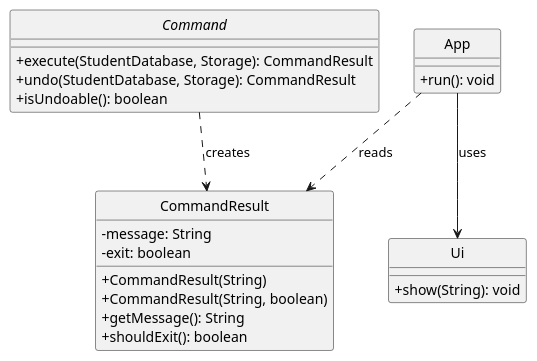
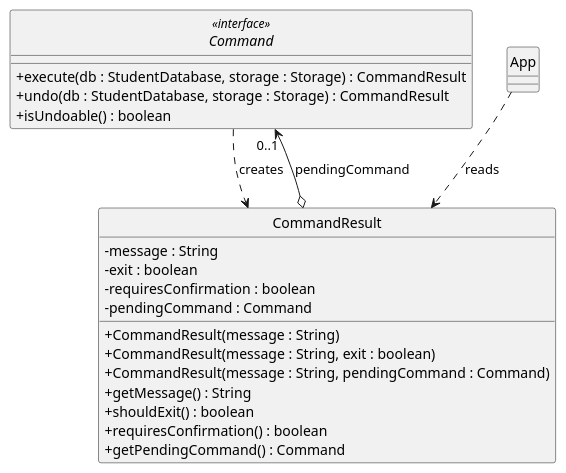
One commit to AY2526S2-CS2113-T11-4/tp changed the diagram in docs/diagrams/CommandResultClassDiagram.puml. Above: the diagram before and after it, drawn with PlantUML. The commit also changed 19 other files, not shown here.

```diff
--- a/docs/diagrams/CommandResultClassDiagram.puml
+++ b/docs/diagrams/CommandResultClassDiagram.puml
@@ -1,31 +1,32 @@
 @startuml CommandResultClassDiagram
 skinparam classAttributeIconSize 0
 skinparam style strictuml
 
-interface Command {
-    +execute(StudentDatabase, Storage): CommandResult
-    +undo(StudentDatabase, Storage): CommandResult
-    +isUndoable(): boolean
+
+interface Command <<interface>> {
+    +execute(db : StudentDatabase, storage : Storage) : CommandResult
+    +undo(db : StudentDatabase, storage : Storage) : CommandResult
+    +isUndoable() : boolean
 }
 
 class CommandResult {
-    -message: String
-    -exit: boolean
-    +CommandResult(String)
-    +CommandResult(String, boolean)
-    +getMessage(): String
-    +shouldExit(): boolean
+    -message : String
+    -exit : boolean
+    -requiresConfirmation : boolean
+    -pendingCommand : Command
+    +CommandResult(message : String)
+    +CommandResult(message : String, exit : boolean)
+    +CommandResult(message : String, pendingCommand : Command)
+    +getMessage() : String
+    +shouldExit() : boolean
+    +requiresConfirmation() : boolean
+    +getPendingCommand() : Command
 }
 
-class App {
-    +run(): void
-}
-
-class Ui {
-    +show(String): void
-}
+class App
 
 Command ..> CommandResult : creates
+CommandResult o--> "0..1" Command : pendingCommand
 App ..> CommandResult : reads
-App --> Ui : uses
+
 @enduml
```
